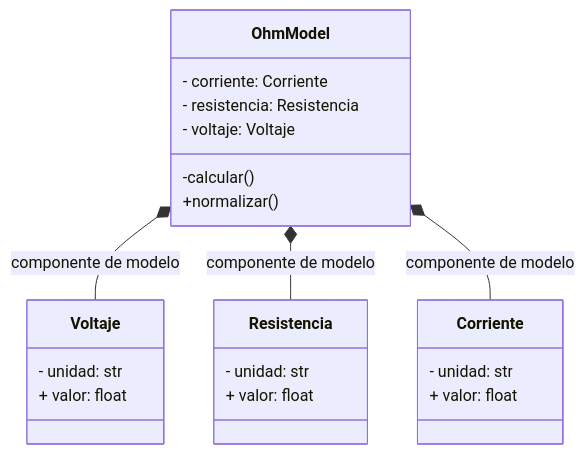
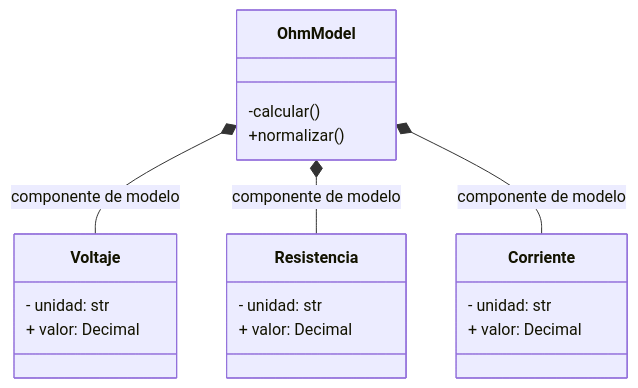
One commit to MarcosBernardC/ohm-tui changed the third of 8 diagrams in README.md. Above: the diagram before and after it, drawn with Mermaid. The commit also changed other lines of this file, not shown here.

````diff
--- a/README.md
+++ b/README.md
@@ -169,27 +196,24 @@
 ```mermaid
 classDiagram
     class OhmModel{
-        - corriente: Corriente
-        - resistencia: Resistencia
-        - voltaje: Voltaje
         
         -calcular()
 
         +normalizar()
     }
     class Voltaje {
         - unidad: str
-        + valor: float
+        + valor: Decimal
     }
     OhmModel *-- Voltaje : componente de modelo
     class Resistencia {
         - unidad: str
-        + valor: float
+        + valor: Decimal
     }
     OhmModel *-- Resistencia : componente de modelo
     class Corriente {
         - unidad: str
-        + valor: float
+        + valor: Decimal
     }
     OhmModel *-- Corriente : componente de modelo
 ```
````
